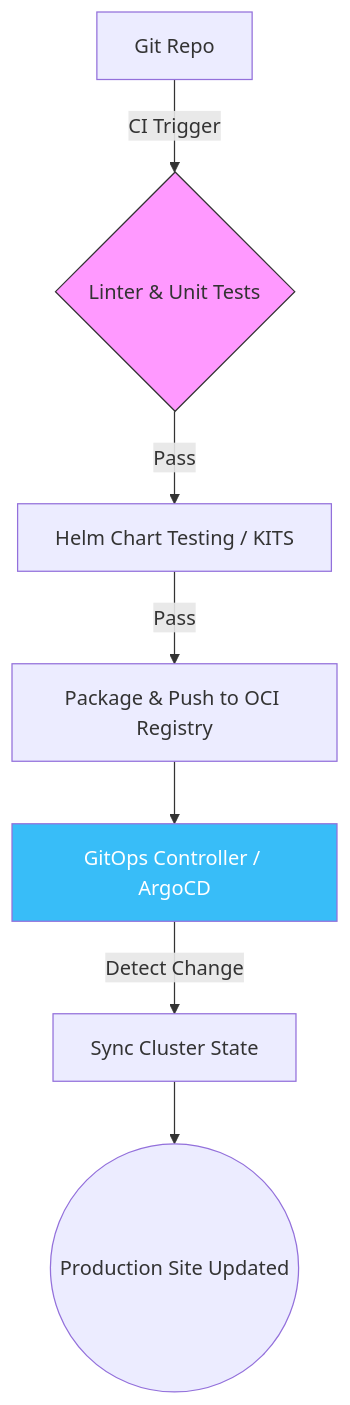
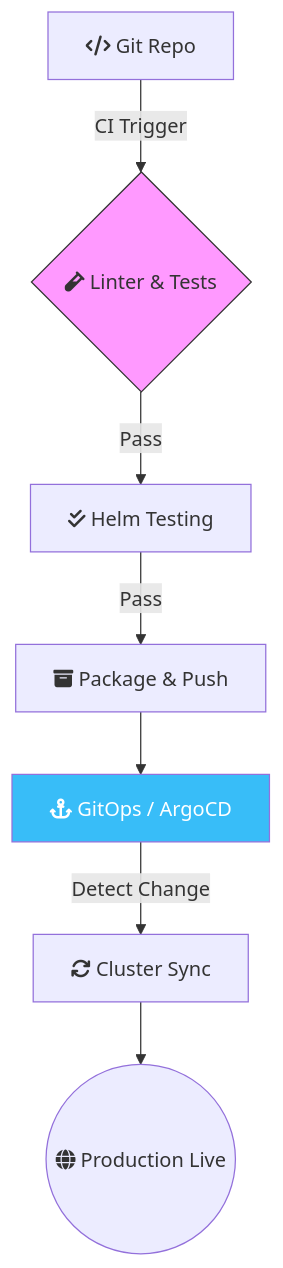
Before and after one commit to digitaldave0/dev-blog: the diagram in src/content/blog/2026-05-13-helm-mastery-part-4-lifecycle.md, drawn with Mermaid. The commit also changed 4 other files, not shown here.

Commit message:
feat: add FontAwesome support and update Mermaid diagrams with icons

````diff
--- a/src/content/blog/2026-05-13-helm-mastery-part-4-lifecycle.md
+++ b/src/content/blog/2026-05-13-helm-mastery-part-4-lifecycle.md
@@ -84,12 +84,12 @@
 ```mermaid
 graph TD
-    A[Git Repo] -->|CI Trigger| B{Linter & Unit Tests}
-    B -->|Pass| C[Helm Chart Testing / KITS]
-    C -->|Pass| D[Package & Push to OCI Registry]
-    D --> E[GitOps Controller / ArgoCD]
-    E -->|Detect Change| F[Sync Cluster State]
-    F --> G((Production Site Updated))
+    A[fa:fa-code Git Repo] -->|CI Trigger| B{fa:fa-vial Linter & Tests}
+    B -->|Pass| C[fa:fa-check-double Helm Testing]
+    C -->|Pass| D[fa:fa-archive Package & Push]
+    D --> E[fa:fa-anchor GitOps / ArgoCD]
+    E -->|Detect Change| F[fa:fa-sync Cluster Sync]
+    F --> G((fa:fa-globe Production Live))
 
     style B fill:#f9f,stroke:#333
     style E fill:#38bdf8,color:#fff
 ```
````
